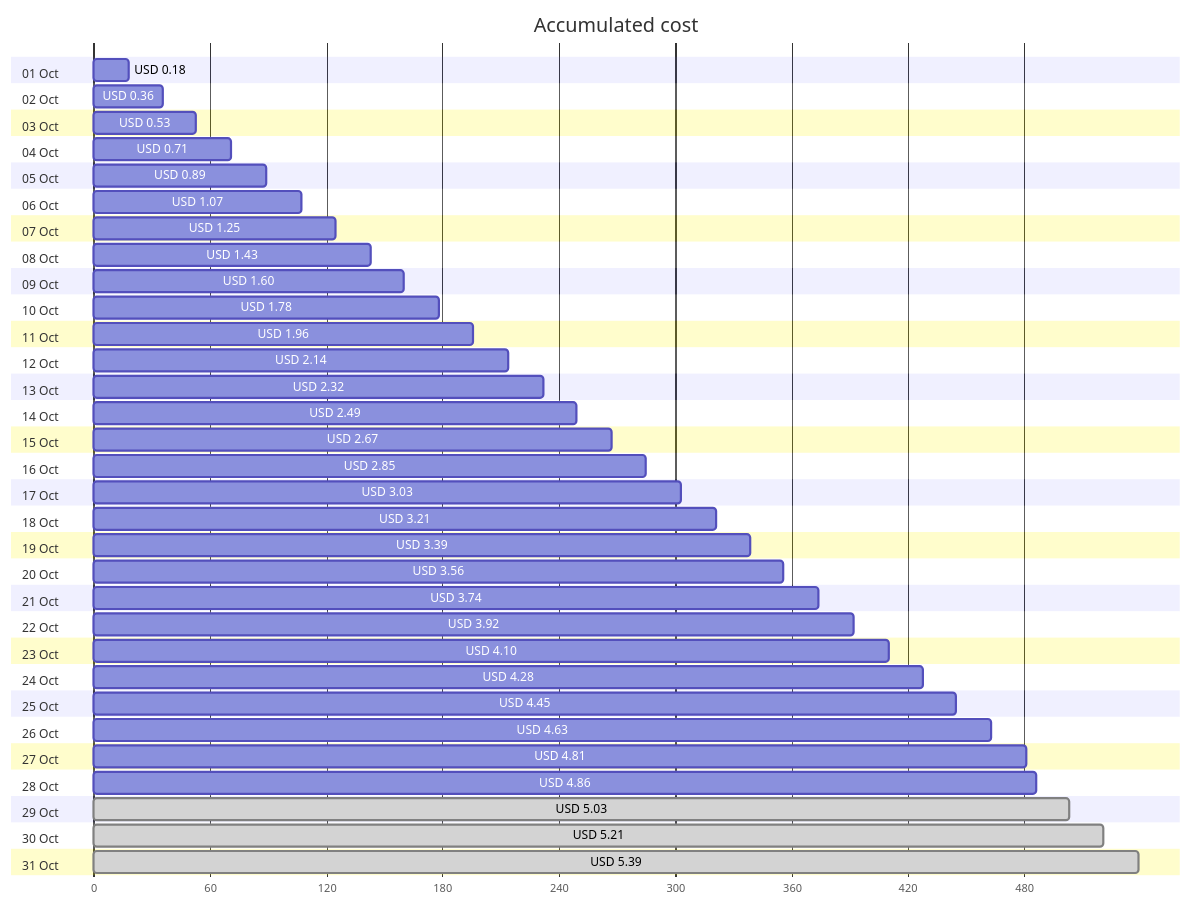
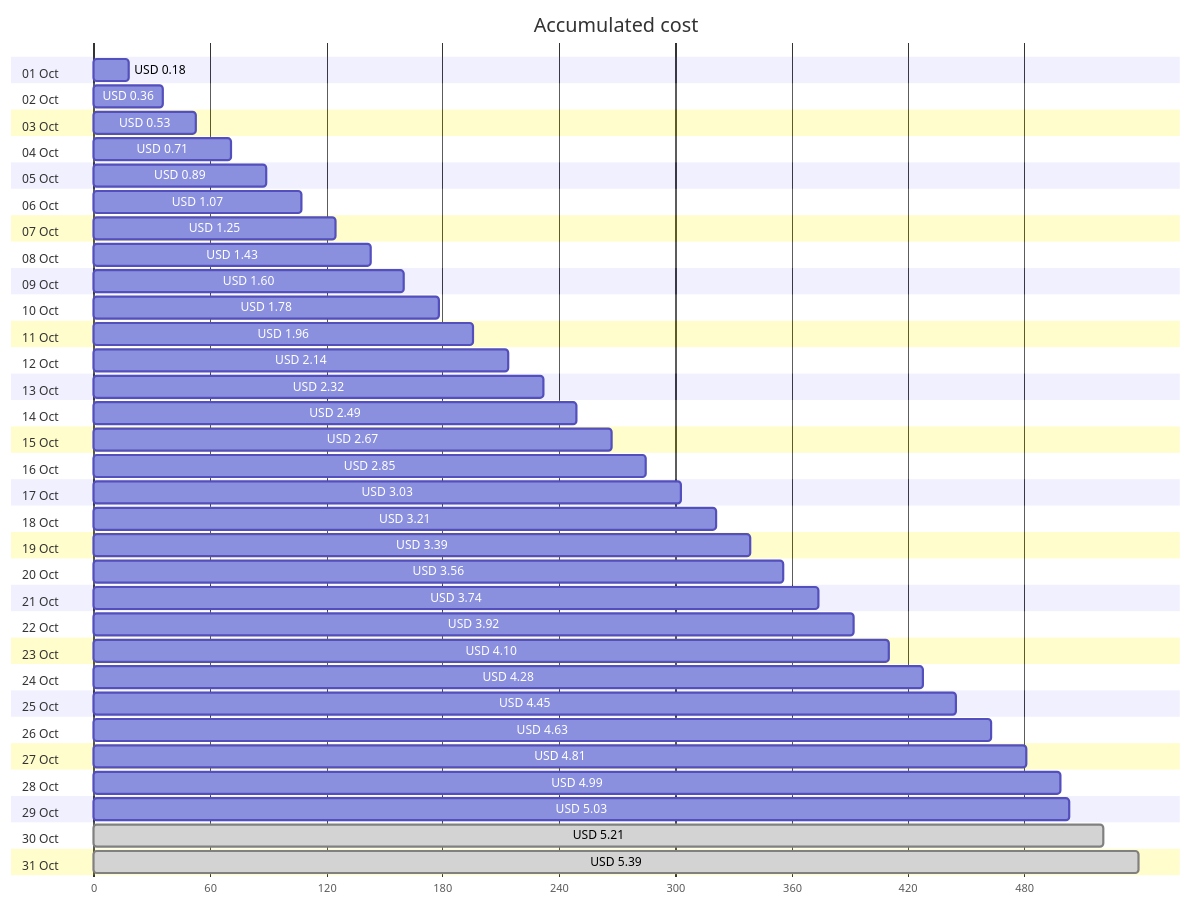
Before and after one commit to jpfulton/azure-personal-reports: the first of 4 diagrams in cost-reports/personal-network/backup-server.md, drawn with Mermaid. The commit also changed other lines of this file and 8 other files, not shown here.

````diff
--- a/cost-reports/personal-network/backup-server.md
+++ b/cost-reports/personal-network/backup-server.md
@@ -20,68 +20,68 @@
 ```mermaid
 gantt
    title Accumulated cost
    dateFormat  X
    axisFormat %s
    section 01 Oct
    USD 0.18 :0, 18
    section 02 Oct
    USD 0.36 :0, 36
    section 03 Oct
    USD 0.53 :0, 53
    section 04 Oct
    USD 0.71 :0, 71
    section 05 Oct
    USD 0.89 :0, 89
    section 06 Oct
    USD 1.07 :0, 107
    section 07 Oct
    USD 1.25 :0, 125
    section 08 Oct
    USD 1.43 :0, 143
    section 09 Oct
    USD 1.60 :0, 160
    section 10 Oct
    USD 1.78 :0, 178
    section 11 Oct
    USD 1.96 :0, 196
    section 12 Oct
    USD 2.14 :0, 214
    section 13 Oct
    USD 2.32 :0, 232
    section 14 Oct
    USD 2.49 :0, 249
    section 15 Oct
    USD 2.67 :0, 267
    section 16 Oct
    USD 2.85 :0, 285
    section 17 Oct
    USD 3.03 :0, 303
    section 18 Oct
    USD 3.21 :0, 321
    section 19 Oct
    USD 3.39 :0, 339
    section 20 Oct
    USD 3.56 :0, 356
    section 21 Oct
    USD 3.74 :0, 374
    section 22 Oct
    USD 3.92 :0, 392
    section 23 Oct
    USD 4.10 :0, 410
    section 24 Oct
    USD 4.28 :0, 428
    section 25 Oct
    USD 4.45 :0, 445
    section 26 Oct
    USD 4.63 :0, 463
    section 27 Oct
    USD 4.81 :0, 481
    section 28 Oct
-   USD 4.86 :0, 486
+   USD 4.99 :0, 499
    section 29 Oct
-   USD 5.03 : done, 0, 503
+   USD 5.03 :0, 503
    section 30 Oct
    USD 5.21 : done, 0, 521
    section 31 Oct
    USD 5.39 : done, 0, 539
 ```
````
